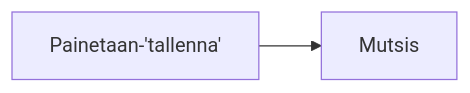
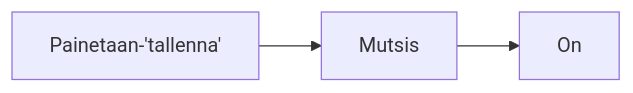
Before and after one commit to PasiParviainen/Fullstackosa0: the diagram in 0.4.md, drawn with Mermaid.

````diff
--- a/0.4.md
+++ b/0.4.md
@@ -1,4 +1,6 @@
 ```mermaid
 graph LR;
-  Painetaan-'tallenna'-->Mutsis;
+  Painetaan-'tallenna'-->
+  Mutsis-->
+  On;
 ```
````
